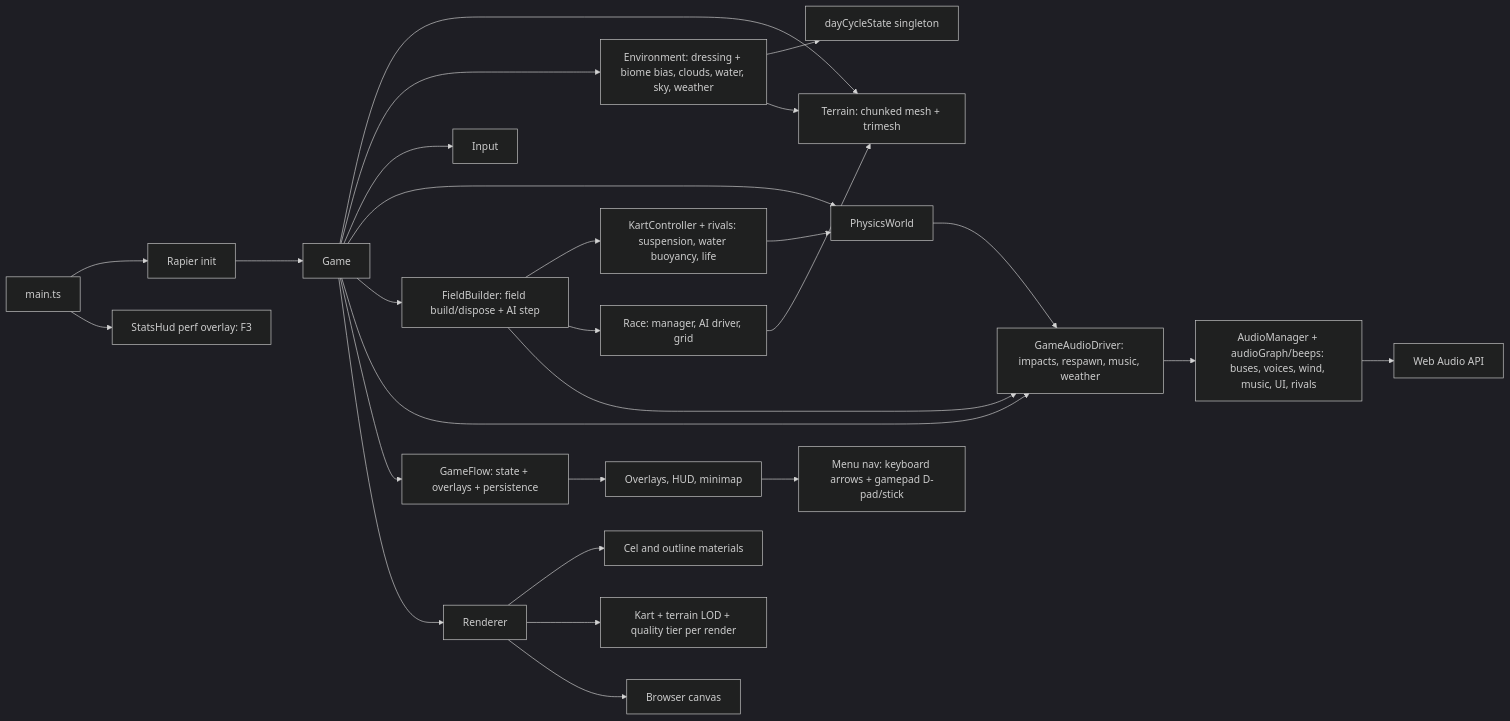
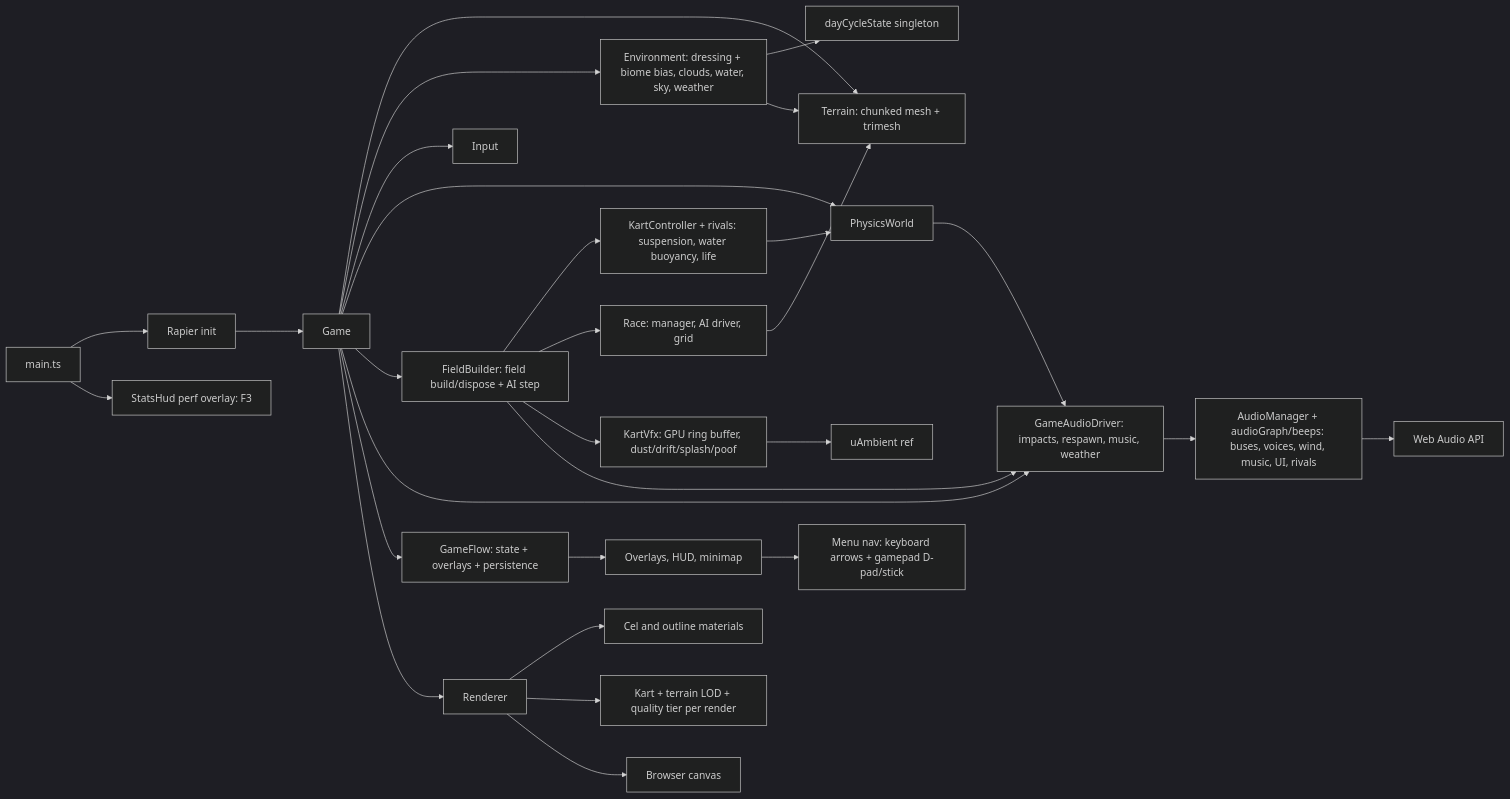
The diagram in AGENTS.md (jjgroenendijk/cart-game), drawn with Mermaid (dark theme) before and after one commit. The commit also changed other lines of this file and 19 other files, not shown here.

First line of the commit message:
053: kart action VFX — drift smoke, dust, splash, poof, skid marks (#69)

````diff
--- a/AGENTS.md
+++ b/AGENTS.md
@@ -24,28 +24,30 @@
 ```mermaid
 flowchart LR
   main[main.ts] --> rapier[Rapier init]
   rapier --> game[Game]
   game --> terrain[Terrain: chunked mesh + trimesh]
   game --> env[Environment: dressing + biome bias, clouds, water, sky, weather]
   env --> dayCycle[dayCycleState singleton]
   env --> terrain
   game --> input[Input]
   game --> physics[PhysicsWorld]
   game --> field[FieldBuilder: field build/dispose + AI step]
   field --> kart[KartController + rivals: suspension, water buoyancy, life]
   field --> race[Race: manager, AI driver, grid]
+  field --> kartVfx[KartVfx: GPU ring buffer, dust/drift/splash/poof]
+  kartVfx --> lightUniforms[uAmbient ref]
   kart --> physics
   race --> terrain
   game --> gameAudio[GameAudioDriver: impacts, respawn, music, weather]
   field --> gameAudio
   physics --> gameAudio
   gameAudio --> audio[AudioManager + audioGraph/beeps: buses, voices, wind, music, UI, rivals]
   audio --> webaudio[Web Audio API]
   game --> gameFlow[GameFlow: state + overlays + persistence] --> ui[Overlays, HUD, minimap]
   ui --> menuNav[Menu nav: keyboard arrows + gamepad D-pad/stick]
   game --> renderer[Renderer]
   renderer --> materials[Cel and outline materials]
   renderer --> lod[Kart + terrain LOD + quality tier per render]
   renderer --> canvas[Browser canvas]
   main --> statsHud[StatsHud perf overlay: F3]
 ```
````
